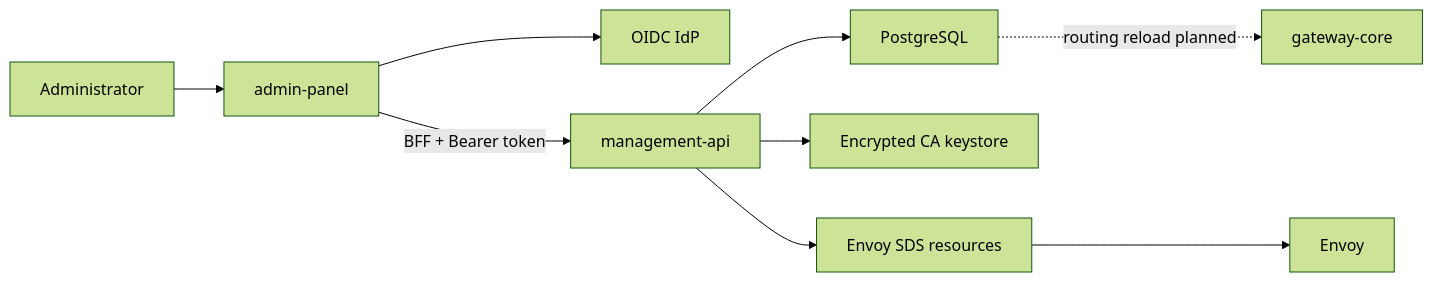
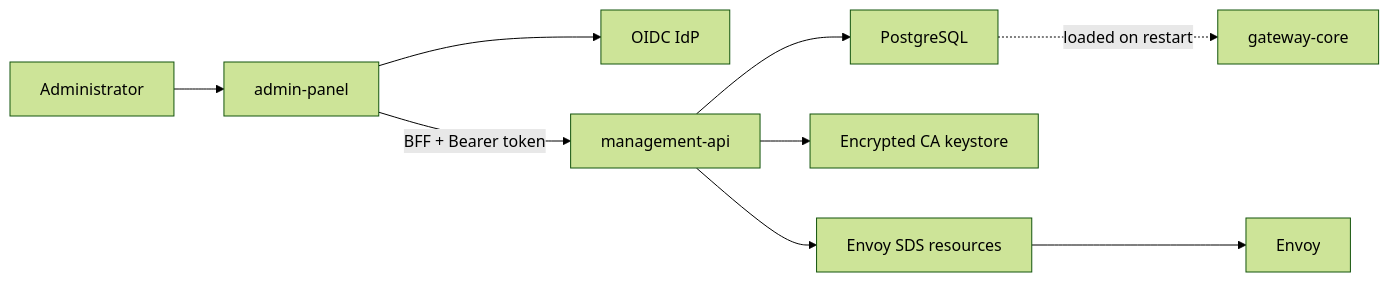
Before and after one commit to c4rl0s04/api-gateway-platform: the diagram in docs/02-architecture/Control Plane Flow.md, drawn with Mermaid (forest theme). The commit also changed other lines of this file and 2 other files, not shown here.

````diff
--- a/docs/02-architecture/Control Plane Flow.md
+++ b/docs/02-architecture/Control Plane Flow.md
@@ -29,11 +29,11 @@
 ```mermaid
 flowchart LR
     ADMIN["Administrator"] --> PANEL["admin-panel"]
     PANEL --> IDP["OIDC IdP"]
     PANEL -->|"BFF + Bearer token"| API["management-api"]
     API --> DATABASE["PostgreSQL"]
     API --> KEYSTORE["Encrypted CA keystore"]
     API --> SDS["Envoy SDS resources"]
     SDS --> ENVOY["Envoy"]
-    DATABASE -. "routing reload planned" .-> GATEWAY["gateway-core"]
+    DATABASE -. "loaded on restart" .-> GATEWAY["gateway-core"]
 ```
````
